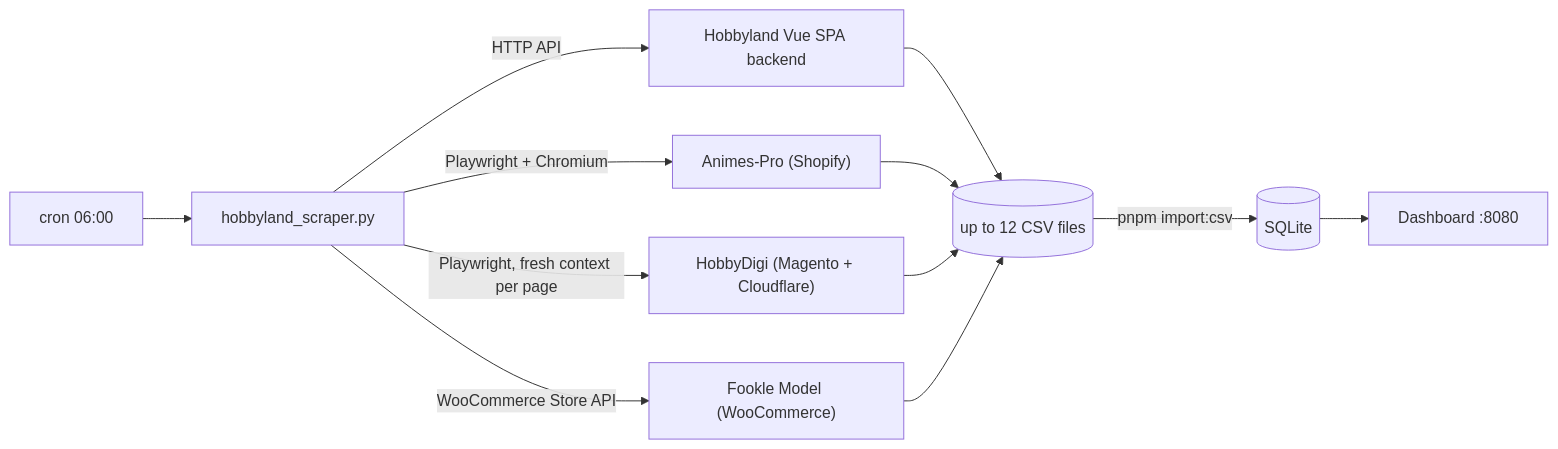
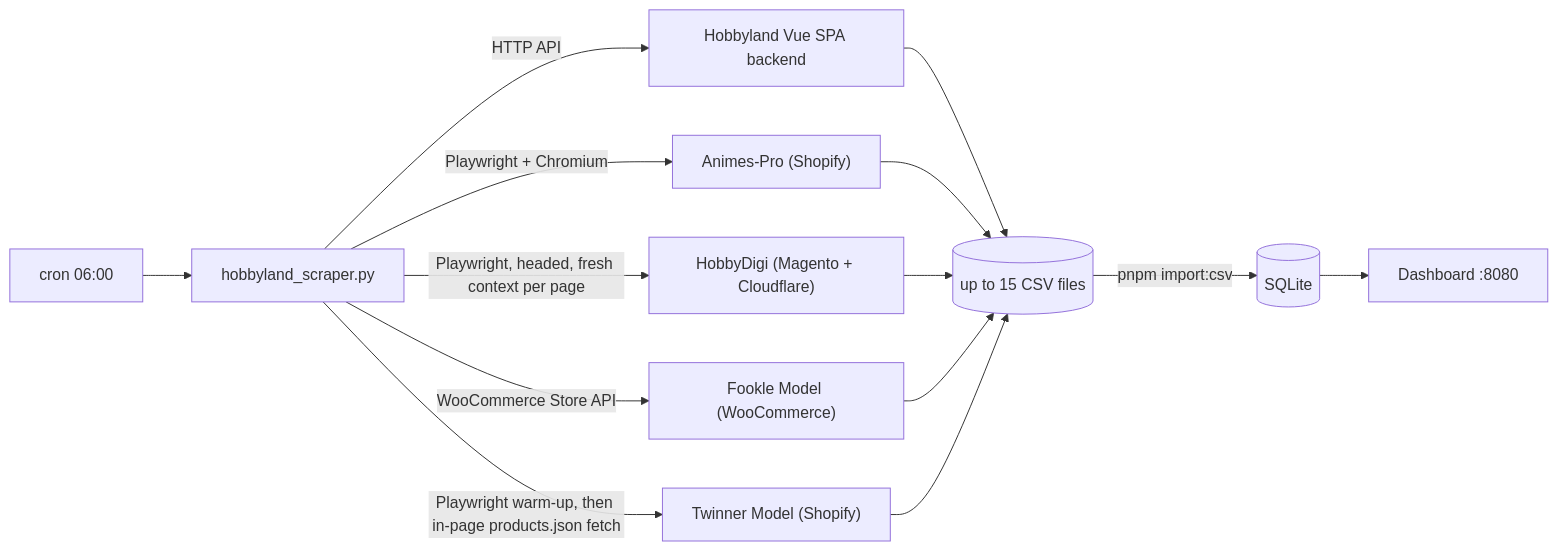
Before and after one commit to jakwong1981/hobbyland: the third of 3 diagrams in README.md, drawn with Mermaid. The commit also changed other lines of this file and 50 other files, not shown here.

````diff
--- a/README.md
+++ b/README.md
@@ -317,14 +324,16 @@
 ```mermaid
 flowchart LR
     CRON["cron 06:00"] --> SC["hobbyland_scraper.py"]
     SC -->|"HTTP API"| HL["Hobbyland Vue SPA backend"]
     SC -->|"Playwright + Chromium"| AP["Animes-Pro (Shopify)"]
-    SC -->|"Playwright, fresh context per page"| HD["HobbyDigi (Magento + Cloudflare)"]
+    SC -->|"Playwright, headed, fresh context per page"| HD["HobbyDigi (Magento + Cloudflare)"]
     SC -->|"WooCommerce Store API"| FM["Fookle Model (WooCommerce)"]
-    HL --> CSV[("up to 12 CSV files")]
+    SC -->|"Playwright warm-up, then in-page products.json fetch"| TM["Twinner Model (Shopify)"]
+    HL --> CSV[("up to 15 CSV files")]
     AP --> CSV
     HD --> CSV
     FM --> CSV
+    TM --> CSV
     CSV -->|"pnpm import:csv"| DB[("SQLite")]
     DB --> UI["Dashboard :8080"]
 ```
````
